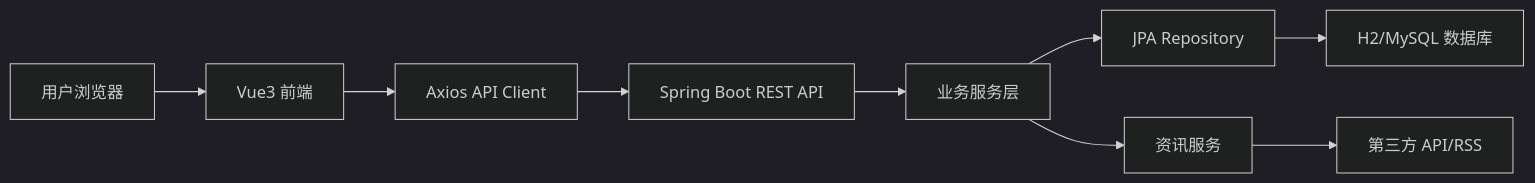
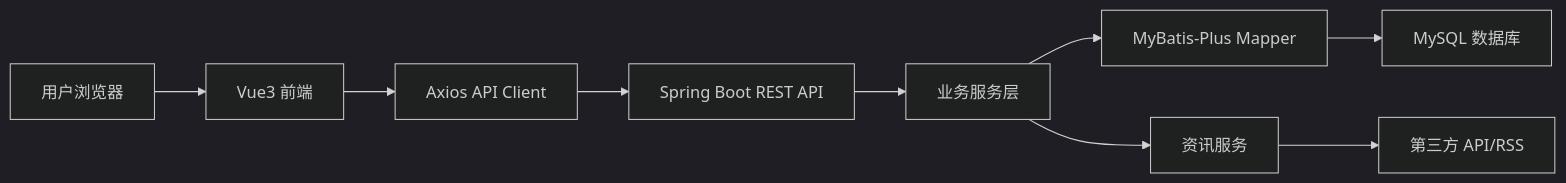
One commit to LBL147/Repository-Name changed the first of 2 diagrams in plan.md. Above: the diagram before and after it, drawn with Mermaid (dark theme). The commit also changed other lines of this file and 9 other files, not shown here.

````diff
--- a/plan.md
+++ b/plan.md
@@ -66,11 +66,11 @@
 ```mermaid
 flowchart LR
     U["用户浏览器"] --> V["Vue3 前端"]
     V --> A["Axios API Client"]
     A --> B["Spring Boot REST API"]
     B --> S["业务服务层"]
-    S --> R["JPA Repository"]
-    R --> D["H2/MySQL 数据库"]
+    S --> R["MyBatis-Plus Mapper"]
+    R --> D["MySQL 数据库"]
     S --> N["资讯服务"]
     N --> X["第三方 API/RSS"]
 ```
````
